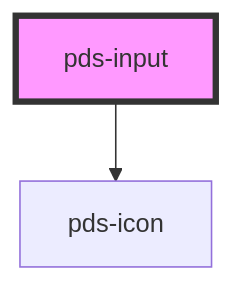
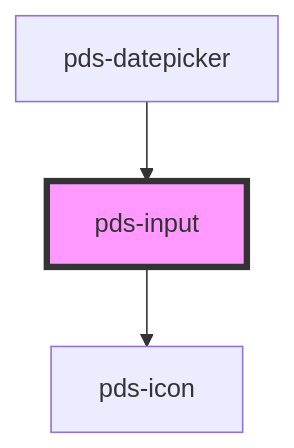
The diagram in libs/core/src/components/pds-input/readme.md (Kajabi/pine), drawn with Mermaid before and after one commit. The commit also changed other lines of this file and 10 other files, not shown here.

Commit message:
feat(pds-datepicker): add a datepicker for a single date or a range, with presets and times

````diff
--- a/libs/core/src/components/pds-input/readme.md
+++ b/libs/core/src/components/pds-input/readme.md
@@ -91,5 +95,6 @@
 ```mermaid
 graph TD;
   pds-input --> pds-icon
+  pds-datepicker --> pds-input
   style pds-input fill:#f9f,stroke:#333,stroke-width:4px
 ```
````
